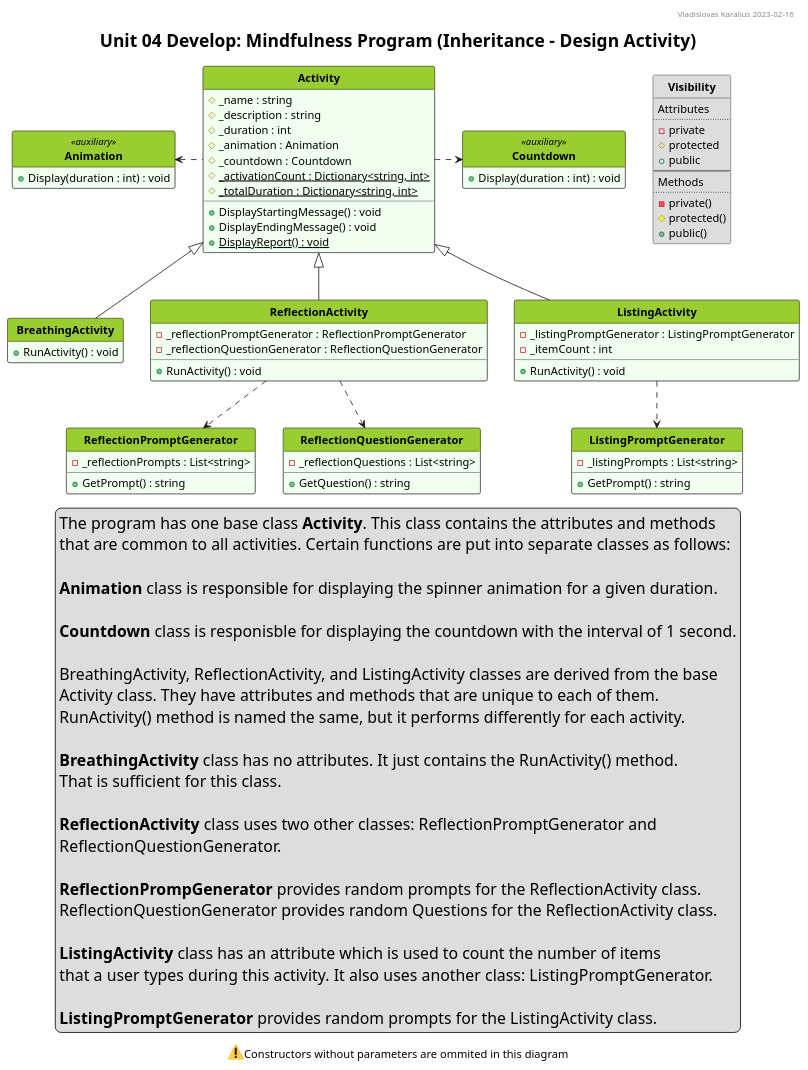
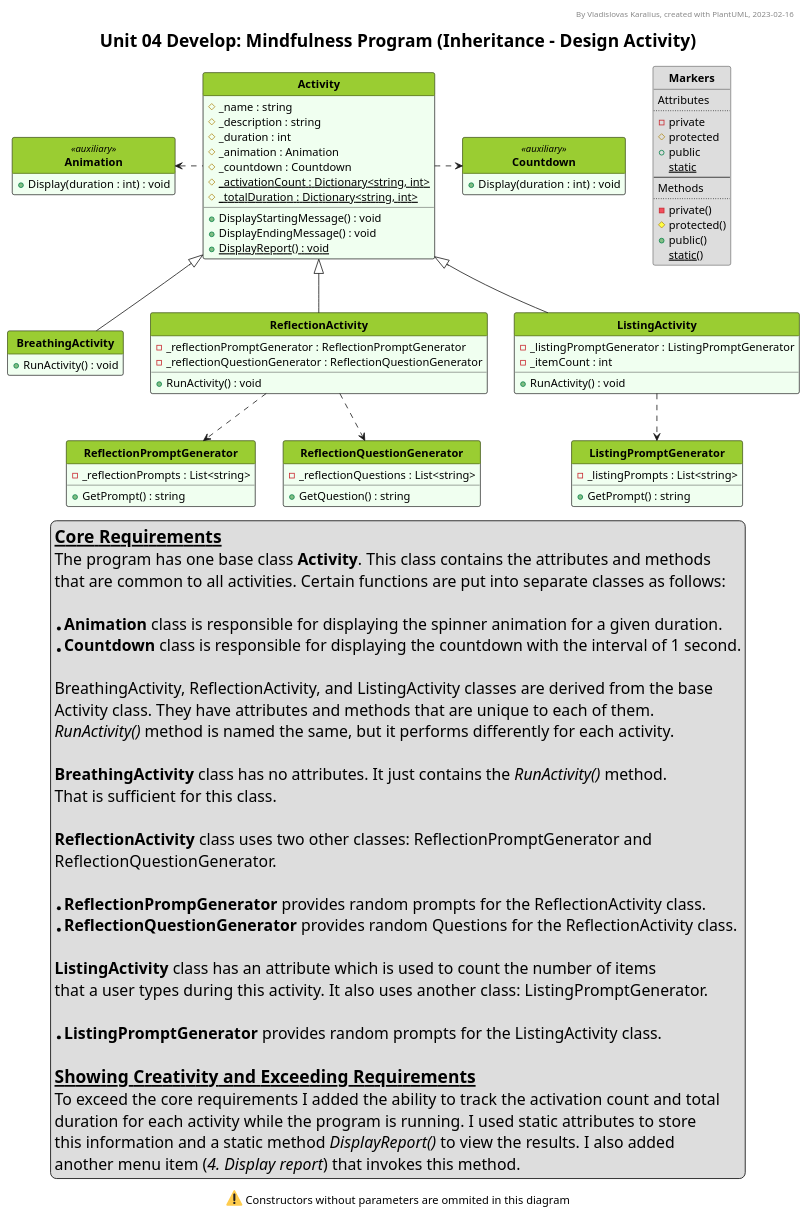
Before and after one commit to VladKaralius/cse210-projects: the diagram in prove/Develop04/UML_diagram.pu, drawn with PlantUML.

Commit message:
UML diagram updated

```diff
--- a/prove/Develop04/UML_diagram.pu
+++ b/prove/Develop04/UML_diagram.pu
@@ -1,153 +1,161 @@
 @startuml UML_diagram
 
 '--Formatting options--
 hide circle
 hide empty members
 'skinparam classAttributeIconSize 0
 skinparam style strictuml
 'skinparam groupInheritance 2
 'skinparam linetype ortho
 'skinparam Nodesep 15
 'skinparam Ranksep 25
 'left to right direction
 
 '--Styling--
 'skinparam BackgroundColor White/LightGreen
 skinparam TitleFontSize 22
 
 <style>
 classDiagram {
   class {
     '-attributes and methods-
     'FontSize 14
     'FontColor black
     'BackgroundColor #fefece
     BackgroundColor #f0fff0
     'RoundCorner 0
     '-class name-
     header {
       'FontSize 12
       'FontColor Black
       FontStyle bold
       BackgroundColor YellowGreen
     }
   }
   note {
     BackgroundColor Yellow
   }
   legend {
     FontSize 20
   }
 </style>
 
 '--Header, title, caption--
-header Vladislovas Karalius 2023-02-16
+header By Vladislovas Karalius, created with PlantUML, 2023-02-16
 title Unit 04 Develop: Mindfulness Program (Inheritance - Design Activity)
-caption <:warning:>Constructors without parameters are ommited in this diagram
+caption <:warning:> Constructors without parameters are ommited in this diagram
 
 ' Dummy class that explains visibility symbols
-class Visibility #dddddd {
+class Markers #dddddd {
 Attributes
 ..
 - private
 # protected
 + public
+{static} static
 --
 Methods
 ..
 - private()
 # protected()
 + public()
+{static} static()
 }
 
 '--Main--
 class Activity {
   # _name : string
   # _description : string
   # _duration : int
   # _animation : Animation
   # _countdown : Countdown
   # {static} _activationCount : Dictionary<string, int>
   # {static} _totalDuration : Dictionary<string, int>
   + DisplayStartingMessage() : void
   + DisplayEndingMessage() : void
   + {static} DisplayReport() : void
 }
 
 class BreathingActivity {
   + RunActivity() : void
 }
 
 class ReflectionActivity {
   - _reflectionPromptGenerator : ReflectionPromptGenerator
   - _reflectionQuestionGenerator : ReflectionQuestionGenerator
   + RunActivity() : void
 }
 
 class ListingActivity {
   - _listingPromptGenerator : ListingPromptGenerator
   - _itemCount : int
   + RunActivity() : void
 }
 
 class ReflectionPromptGenerator {
   - _reflectionPrompts : List<string>
   + GetPrompt() : string
 }
 
 class ReflectionQuestionGenerator {
   - _reflectionQuestions : List<string>
   + GetQuestion() : string
 }
 
 class ListingPromptGenerator {
   - _listingPrompts : List<string>
   + GetPrompt() : string
 }
 
 class Animation <<auxiliary>> {
   + Display(duration : int) : void
 }
 
 class Countdown <<auxiliary>> {
   + Display(duration : int) : void
 }
 
 Activity <|-- BreathingActivity
 Activity <|-- ReflectionActivity
 Activity <|-- ListingActivity
 ReflectionActivity ..> ReflectionPromptGenerator
 ReflectionActivity ..> ReflectionQuestionGenerator
 ListingActivity ..> ListingPromptGenerator
 Activity .left.> Animation
 Activity .right.> Countdown
 
 '--Description--
 legend bottom
+<size:22>__**Core Requirements**__
 The program has one base class **Activity**. This class contains the attributes and methods
 that are common to all activities. Certain functions are put into separate classes as follows:
 
-**Animation** class is responsible for displaying the spinner animation for a given duration.
-
-**Countdown** class is responisble for displaying the countdown with the interval of 1 second.
+* **Animation** class is responsible for displaying the spinner animation for a given duration.
+* **Countdown** class is responsible for displaying the countdown with the interval of 1 second.
 
 BreathingActivity, ReflectionActivity, and ListingActivity classes are derived from the base
 Activity class. They have attributes and methods that are unique to each of them.
-RunActivity() method is named the same, but it performs differently for each activity.
+//RunActivity()// method is named the same, but it performs differently for each activity.
 
-**BreathingActivity** class has no attributes. It just contains the RunActivity() method.
+**BreathingActivity** class has no attributes. It just contains the //RunActivity()// method.
 That is sufficient for this class.
 
 **ReflectionActivity** class uses two other classes: ReflectionPromptGenerator and
 ReflectionQuestionGenerator.
 
-**ReflectionPrompGenerator** provides random prompts for the ReflectionActivity class.
-ReflectionQuestionGenerator provides random Questions for the ReflectionActivity class.
+* **ReflectionPrompGenerator** provides random prompts for the ReflectionActivity class.
+* **ReflectionQuestionGenerator** provides random Questions for the ReflectionActivity class.
 
 **ListingActivity** class has an attribute which is used to count the number of items
 that a user types during this activity. It also uses another class: ListingPromptGenerator.
 
-**ListingPromptGenerator** provides random prompts for the ListingActivity class.
+* **ListingPromptGenerator** provides random prompts for the ListingActivity class.
+
+<size:22>__**Showing Creativity and Exceeding Requirements**__
+To exceed the core requirements I added the ability to track the activation count and total
+duration for each activity while the program is running. I used static attributes to store
+this information and a static method //DisplayReport()// to view the results. I also added
+another menu item (//4. Display report//) that invokes this method.
 endlegend
 
 @enduml
```
